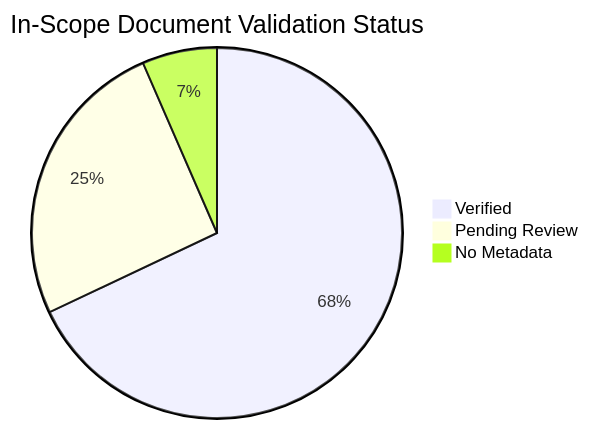
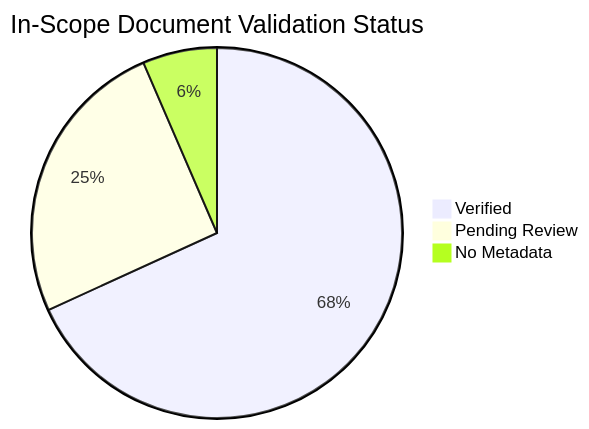
The diagram in docs/reference/content-validation-status.md (yeongseon/azure-container-apps-practical-guide), drawn with Mermaid before and after one commit. The commit also changed other lines of this file and 52 other files, not shown here.

````diff
--- a/docs/reference/content-validation-status.md
+++ b/docs/reference/content-validation-status.md
@@ -25,6 +25,6 @@
 ```mermaid
 pie title In-Scope Document Validation Status
-    "Verified" : 104
+    "Verified" : 105
     "Pending Review" : 39
     "No Metadata" : 10
 ```
````
